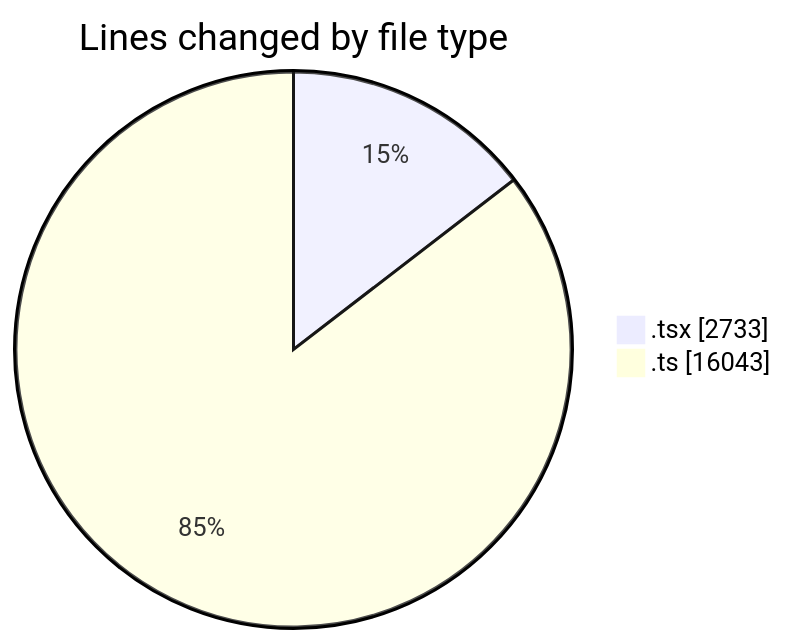
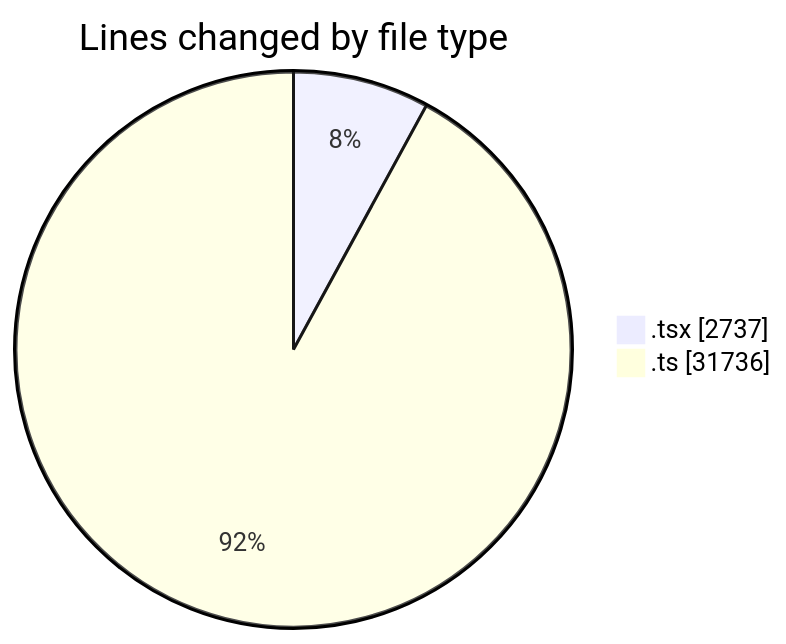
One commit to momahboobian/code-tracking changed the first of 2 diagrams in 2025-07-07/cda/README.md. Above: the diagram before and after it, drawn with Mermaid. The commit also changed other lines of this file and 1 other file, not shown here.

````diff
--- a/2025-07-07/cda/README.md
+++ b/2025-07-07/cda/README.md
@@ -28,6 +28,6 @@
 ```mermaid
 pie showData
 title Lines changed by file type
-".tsx" : 2733
-".ts" : 16043
+".tsx" : 2737
+".ts" : 31736
 ```
````
